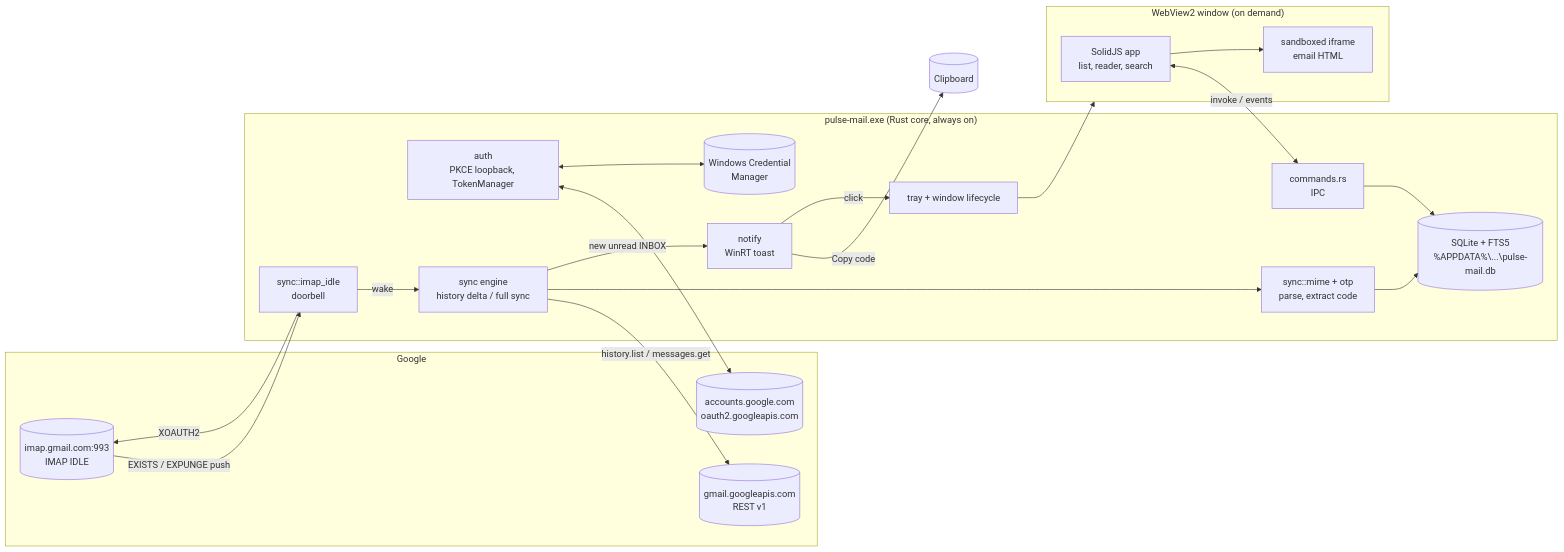
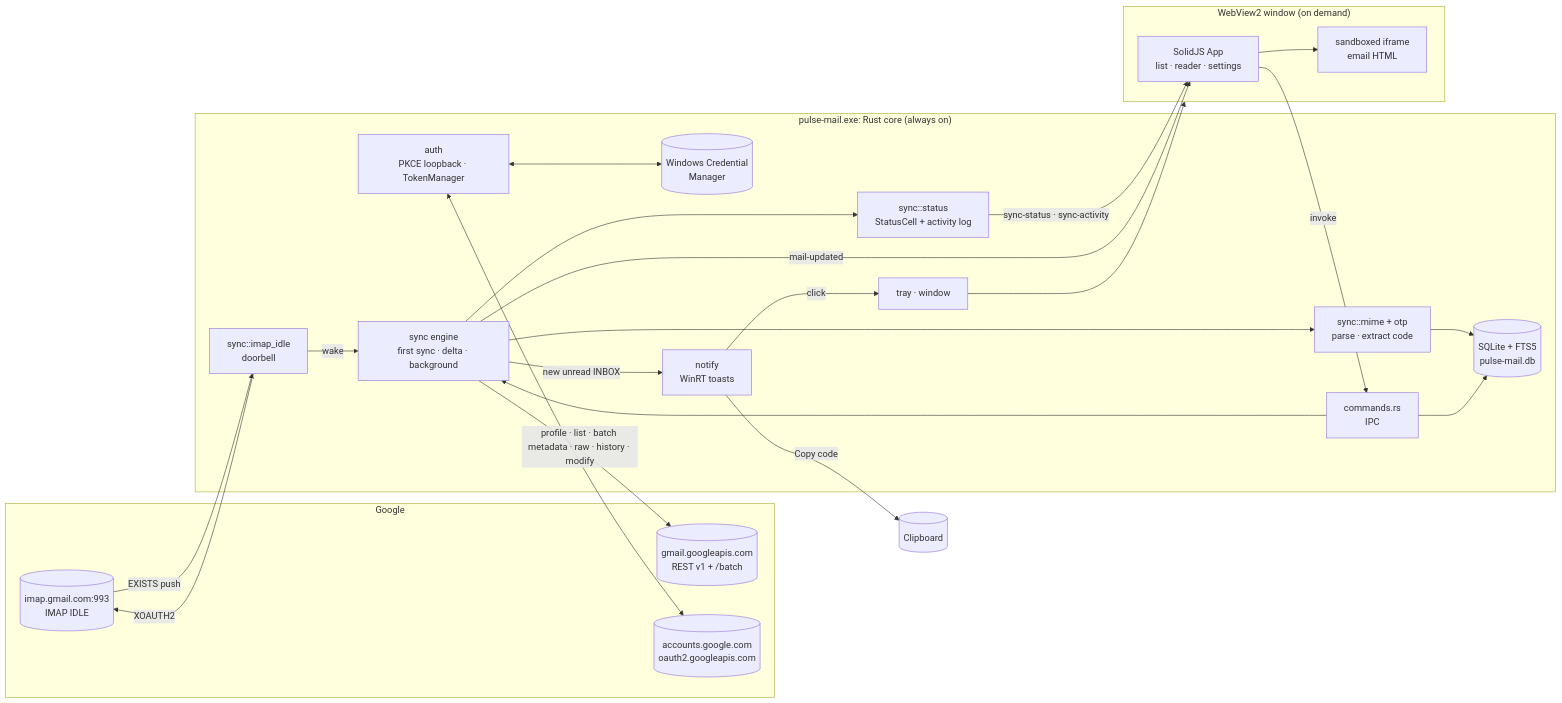
The first of 4 diagrams in docs/ARCHITECTURE.md (abdallahsaber065/pulse-mail), drawn with Mermaid before and after one commit. The commit also changed other lines of this file and 20 other files, not shown here.

Commit message:
docs: full status, roadmap, architecture refresh

````diff
--- a/docs/ARCHITECTURE.md
+++ b/docs/ARCHITECTURE.md
@@ -10,40 +16,43 @@
 ```mermaid
 flowchart LR
     subgraph Google
         IMAP[(imap.gmail.com:993<br/>IMAP IDLE)]
-        REST[(gmail.googleapis.com<br/>REST v1)]
+        REST[(gmail.googleapis.com<br/>REST v1 + /batch)]
         OAUTH[(accounts.google.com<br/>oauth2.googleapis.com)]
     end
 
-    subgraph PC["pulse-mail.exe (Rust core, always on)"]
-        AUTH[auth<br/>PKCE loopback, TokenManager]
+    subgraph Core["pulse-mail.exe: Rust core (always on)"]
+        AUTH[auth<br/>PKCE loopback · TokenManager]
         KEYRING[(Windows Credential<br/>Manager)]
         IDLE[sync::imap_idle<br/>doorbell]
-        ENGINE[sync engine<br/>history delta / full sync]
-        MIME[sync::mime + otp<br/>parse, extract code]
-        DB[(SQLite + FTS5<br/>%APPDATA%\...\pulse-mail.db)]
-        NOTIFY[notify<br/>WinRT toast]
-        TRAY[tray + window lifecycle]
+        ENGINE[sync engine<br/>first sync · delta · background]
+        STATUS[sync::status<br/>StatusCell + activity log]
+        MIME[sync::mime + otp<br/>parse · extract code]
+        DB[(SQLite + FTS5<br/>pulse-mail.db)]
+        NOTIFY[notify<br/>WinRT toasts]
+        SHELL[tray · window]
         CMDS[commands.rs<br/>IPC]
     end
 
     subgraph UI["WebView2 window (on demand)"]
-        SOLID[SolidJS app<br/>list, reader, search]
+        APP[SolidJS App<br/>list · reader · settings]
         FRAME[sandboxed iframe<br/>email HTML]
     end
 
     AUTH <--> OAUTH
     AUTH <--> KEYRING
     IDLE -- XOAUTH2 --> IMAP
-    IMAP -- "EXISTS / EXPUNGE push" --> IDLE
+    IMAP -- EXISTS push --> IDLE
     IDLE -- wake --> ENGINE
-    ENGINE -- "history.list / messages.get" --> REST
+    ENGINE -- "profile · list · batch metadata · raw · history · modify" --> REST
     ENGINE --> MIME --> DB
+    ENGINE --> STATUS
     ENGINE -- new unread INBOX --> NOTIFY
-    NOTIFY -- "Copy code" --> CLIP[(Clipboard)]
-    NOTIFY -- click --> TRAY
-    TRAY --> UI
-    SOLID <-- invoke / events --> CMDS
-    CMDS --> DB
-    SOLID --> FRAME
+    NOTIFY -- Copy code --> CLIP[(Clipboard)]
+    NOTIFY -- click --> SHELL --> UI
+    APP -- invoke --> CMDS --> DB
+    CMDS --> ENGINE
+    STATUS -- "sync-status · sync-activity" --> APP
+    ENGINE -- mail-updated --> APP
+    APP --> FRAME
 ```
````
